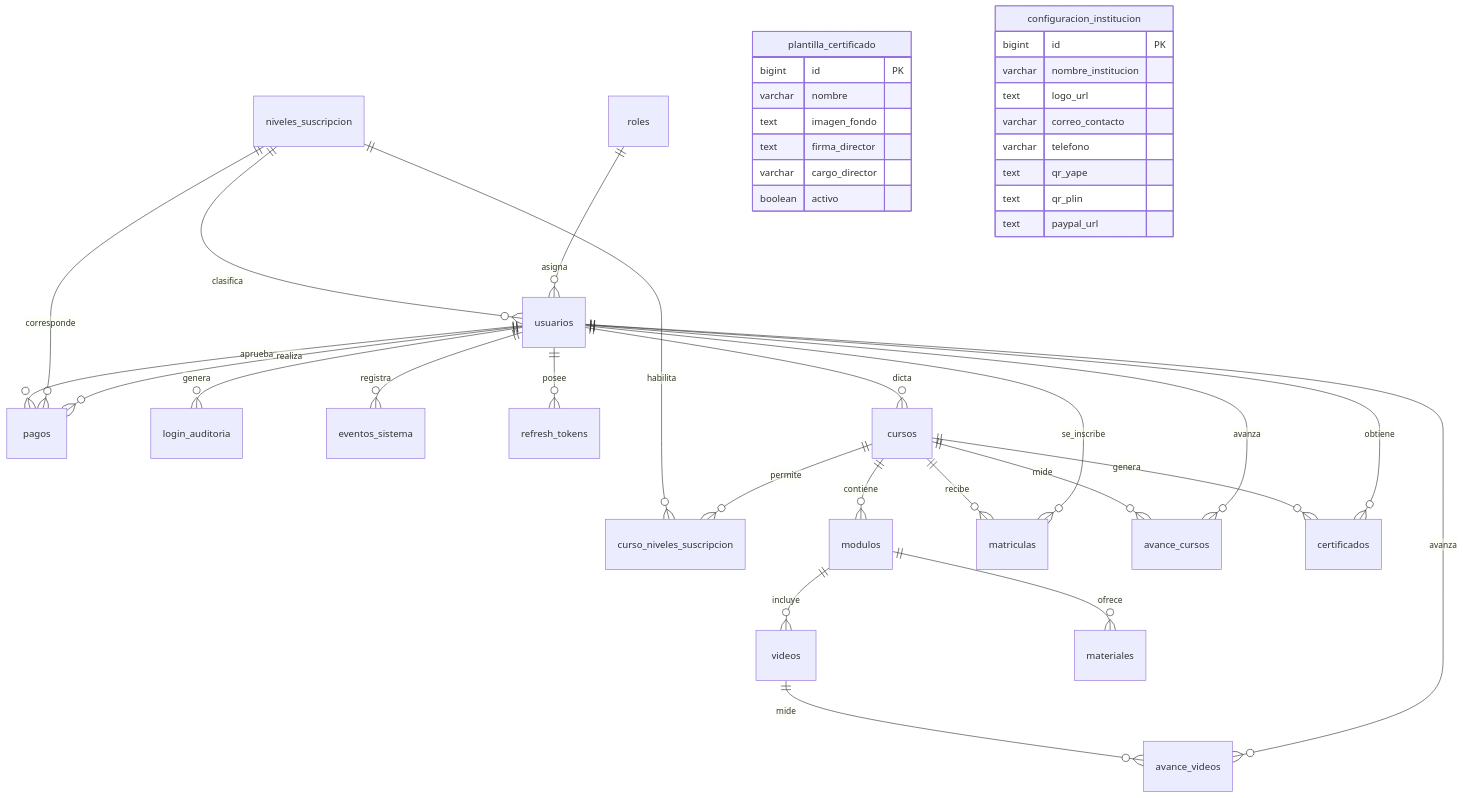
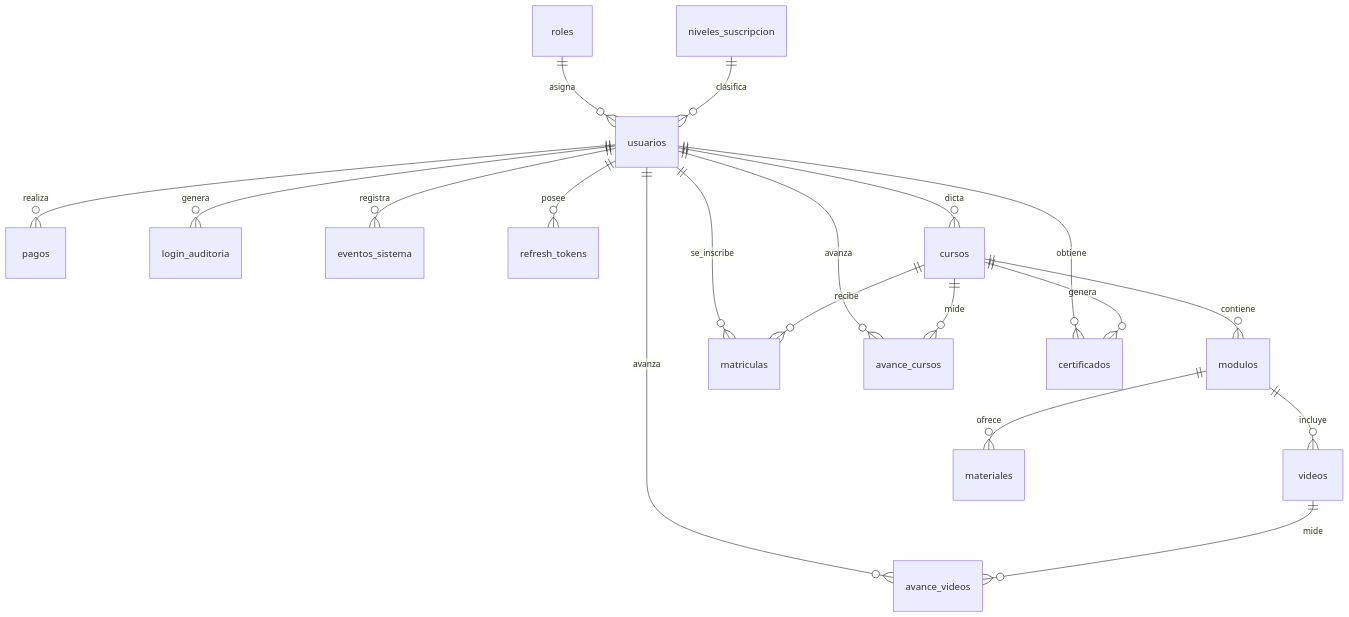
One commit to Alessander9/Insteip changed the third of 4 diagrams in README.md. Above: the diagram before and after it, drawn with Mermaid. The commit also changed other lines of this file and 300 other files, not shown here.

````diff
--- a/README.md
+++ b/README.md
@@ -43,43 +176,21 @@
 ```mermaid
 erDiagram
     roles ||--o{ usuarios : asigna
     niveles_suscripcion ||--o{ usuarios : clasifica
     usuarios ||--o{ pagos : realiza
-    niveles_suscripcion ||--o{ pagos : corresponde
-    usuarios ||--o{ pagos : aprueba
     usuarios ||--o{ login_auditoria : genera
     usuarios ||--o{ eventos_sistema : registra
     usuarios ||--o{ refresh_tokens : posee
     usuarios ||--o{ cursos : dicta
-    cursos ||--o{ curso_niveles_suscripcion : permite
-    niveles_suscripcion ||--o{ curso_niveles_suscripcion : habilita
     cursos ||--o{ modulos : contiene
     modulos ||--o{ videos : incluye
     modulos ||--o{ materiales : ofrece
     usuarios ||--o{ matriculas : se_inscribe
     cursos ||--o{ matriculas : recibe
     usuarios ||--o{ avance_videos : avanza
     videos ||--o{ avance_videos : mide
     usuarios ||--o{ avance_cursos : avanza
     cursos ||--o{ avance_cursos : mide
     usuarios ||--o{ certificados : obtiene
     cursos ||--o{ certificados : genera
-    plantilla_certificado {
-        bigint id PK
-        varchar nombre
-        text imagen_fondo
-        text firma_director
-        varchar cargo_director
-        boolean activo
-    }
-    configuracion_institucion {
-        bigint id PK
-        varchar nombre_institucion
-        text logo_url
-        varchar correo_contacto
-        varchar telefono
-        text qr_yape
-        text qr_plin
-        text paypal_url
-    }
 ```
````
